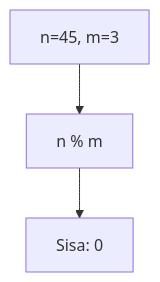
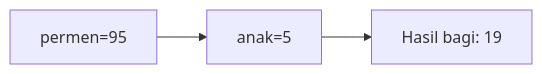
The sixth of 25 diagrams in part-c-pemahaman-cpp/01-tipe-data/latihan/set-06.md (amnahwaida/OSNK_INF_PREP), drawn with Mermaid before and after one commit. The commit also changed other lines of this file and 71 other files, not shown here.

````diff
--- a/part-c-pemahaman-cpp/01-tipe-data/latihan/set-06.md
+++ b/part-c-pemahaman-cpp/01-tipe-data/latihan/set-06.md
@@ -157,5 +166,5 @@
 ```mermaid
-graph TD
-A["n=45, m=3"] --> B["n % m"]
-B --> C["Sisa: 0"]
+graph LR
+A["permen=95"] --> B["anak=5"]
+B --> C["Hasil bagi: 19"]
 ```
````
